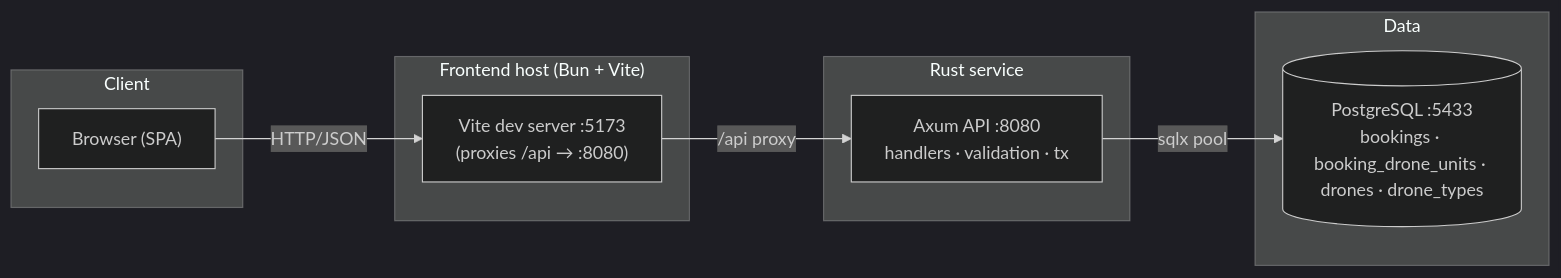
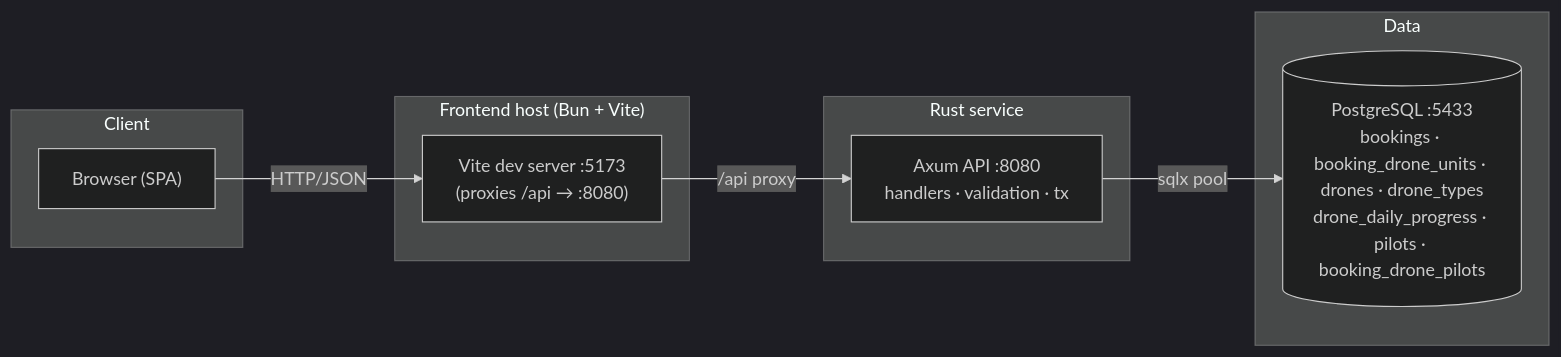
One commit to najibuhuy/book-my-drone changed the first of 3 diagrams in docs/ARCHITECTURE.md. Above: the diagram before and after it, drawn with Mermaid (dark theme). The commit also changed other lines of this file and 16 other files, not shown here.

First line of the commit message:
Add project area, per-drone daily progress, drone status, and project pilots

````diff
--- a/docs/ARCHITECTURE.md
+++ b/docs/ARCHITECTURE.md
@@ -26,19 +26,19 @@
 ```mermaid
 flowchart LR
   subgraph Client
     B["Browser (SPA)"]
   end
   subgraph Dev["Frontend host (Bun + Vite)"]
     V["Vite dev server :5173<br/>(proxies /api → :8080)"]
   end
   subgraph Backend["Rust service"]
     A["Axum API :8080<br/>handlers · validation · tx"]
   end
   subgraph Data
-    P[("PostgreSQL :5433<br/>bookings · booking_drone_units · drones · drone_types")]
+    P[("PostgreSQL :5433<br/>bookings · booking_drone_units · drones · drone_types<br/>drone_daily_progress · pilots · booking_drone_pilots")]
   end
 
   B -->|HTTP/JSON| V
   V -->|/api proxy| A
   A -->|sqlx pool| P
 ```
````
